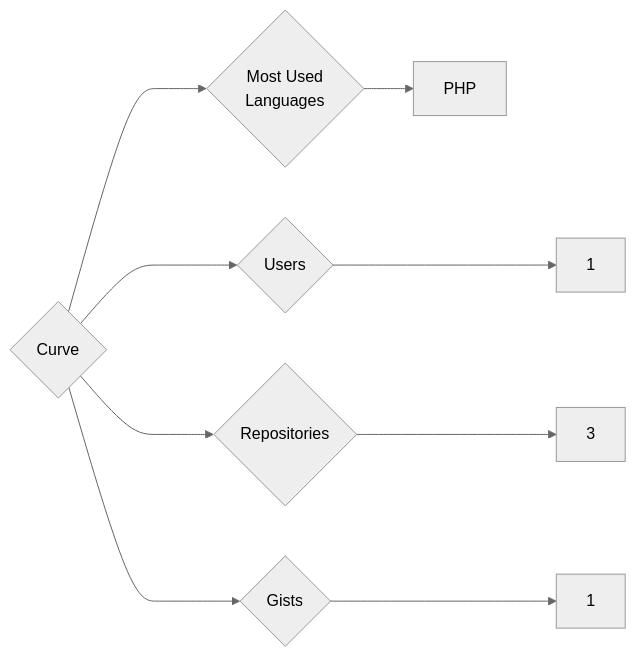
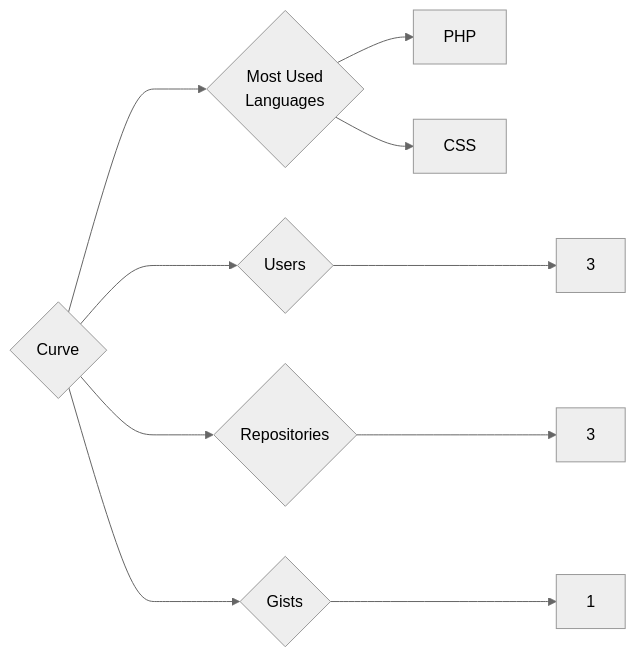
The diagram in targets/Curve/README.md (trickest/insiders), drawn with Mermaid (neutral theme) before and after one commit. The commit also changed 775 other files, not shown here.

````diff
--- a/targets/Curve/README.md
+++ b/targets/Curve/README.md
@@ -3,9 +3,10 @@
 ```mermaid
 graph LR
 COMPANY_NAME{Curve}
-COMPANY_NAME ---> U{Users} ---> UN[1]
+COMPANY_NAME ---> U{Users} ---> UN[3]
 COMPANY_NAME ---> R{Repositories} ---> RN[3]
 COMPANY_NAME ---> G{Gists} ---> GN[1]
 COMPANY_NAME ---> ML{Most Used<br>Languages}
 ML --> PHP[PHP]
+ML --> CSS[CSS]
 ```
````
